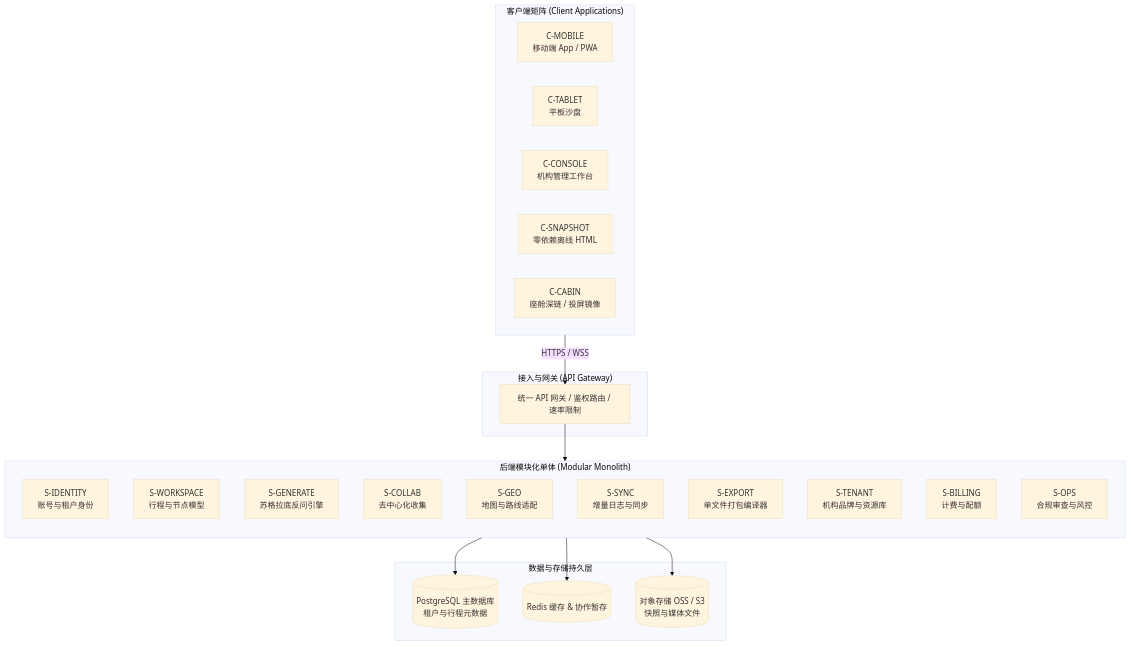
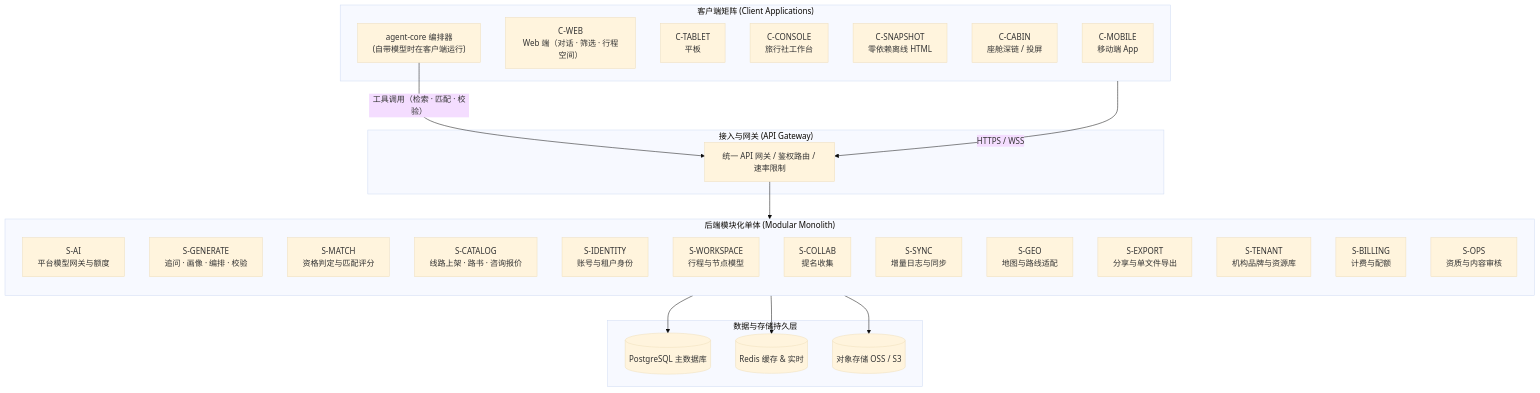
One commit to JohnMaxwell0123/TripCraft changed the second of 2 diagrams in docs/architecture/ARC-01-overview.md. Above: the diagram before and after it, drawn with Mermaid (base theme). The commit also changed other lines of this file and 55 other files, not shown here.

````diff
--- a/docs/architecture/ARC-01-overview.md
+++ b/docs/architecture/ARC-01-overview.md
@@ -55,40 +55,46 @@
 ```mermaid
 flowchart TB
     subgraph CLIENTS["客户端矩阵 (Client Applications)"]
-        MOB["C-MOBILE<br/>移动端 App / PWA"]
-        TAB["C-TABLET<br/>平板沙盘"]
-        CON["C-CONSOLE<br/>机构管理工作台"]
+        MOB["C-MOBILE<br/>移动端 App"]
+        WEB["C-WEB<br/>Web 端（对话 · 筛选 · 行程空间）"]
+        TAB["C-TABLET<br/>平板"]
+        CON["C-CONSOLE<br/>旅行社工作台"]
         SNAP["C-SNAPSHOT<br/>零依赖离线 HTML"]
-        CAB["C-CABIN<br/>座舱深链 / 投屏镜像"]
+        CAB["C-CABIN<br/>座舱深链 / 投屏"]
+        AGENT["agent-core 编排器<br/>(自带模型时在客户端运行)"]
     end
 
     subgraph GATEWAY["接入与网关 (API Gateway)"]
         GW["统一 API 网关 / 鉴权路由 / 速率限制"]
     end
 
     subgraph BACKEND["后端模块化单体 (Modular Monolith)"]
         direction TB
+        S_AI["S-AI<br/>平台模型网关与额度"]
+        S_GEN["S-GENERATE<br/>追问 · 画像 · 编排 · 校验"]
+        S_MATCH["S-MATCH<br/>资格判定与匹配评分"]
+        S_CAT["S-CATALOG<br/>线路上架 · 路书 · 咨询报价"]
         S_ID["S-IDENTITY<br/>账号与租户身份"]
         S_WS["S-WORKSPACE<br/>行程与节点模型"]
-        S_GEN["S-GENERATE<br/>苏格拉底反问引擎"]
-        S_COL["S-COLLAB<br/>去中心化收集"]
+        S_COL["S-COLLAB<br/>提名收集"]
+        S_SYNC["S-SYNC<br/>增量日志与同步"]
         S_GEO["S-GEO<br/>地图与路线适配"]
-        S_SYNC["S-SYNC<br/>增量日志与同步"]
-        S_EXP["S-EXPORT<br/>单文件打包编译器"]
+        S_EXP["S-EXPORT<br/>分享与单文件导出"]
         S_TEN["S-TENANT<br/>机构品牌与资源库"]
         S_BIL["S-BILLING<br/>计费与配额"]
-        S_OPS["S-OPS<br/>合规审查与风控"]
+        S_OPS["S-OPS<br/>资质与内容审核"]
     end
 
     subgraph DATA["数据与存储持久层"]
-        DB[(PostgreSQL 主数据库<br/>租户与行程元数据)]
-        REDIS[(Redis 缓存 & 协作暂存)]
-        OSS[(对象存储 OSS / S3<br/>快照与媒体文件)]
+        DB[(PostgreSQL 主数据库)]
+        REDIS[(Redis 缓存 & 实时)]
+        OSS[(对象存储 OSS / S3)]
     end
 
     CLIENTS -->|HTTPS / WSS| GW
+    AGENT -->|工具调用（检索 · 匹配 · 校验）| GW
     GW --> BACKEND
     BACKEND --> DB
     BACKEND --> REDIS
     BACKEND --> OSS
 ```
````
